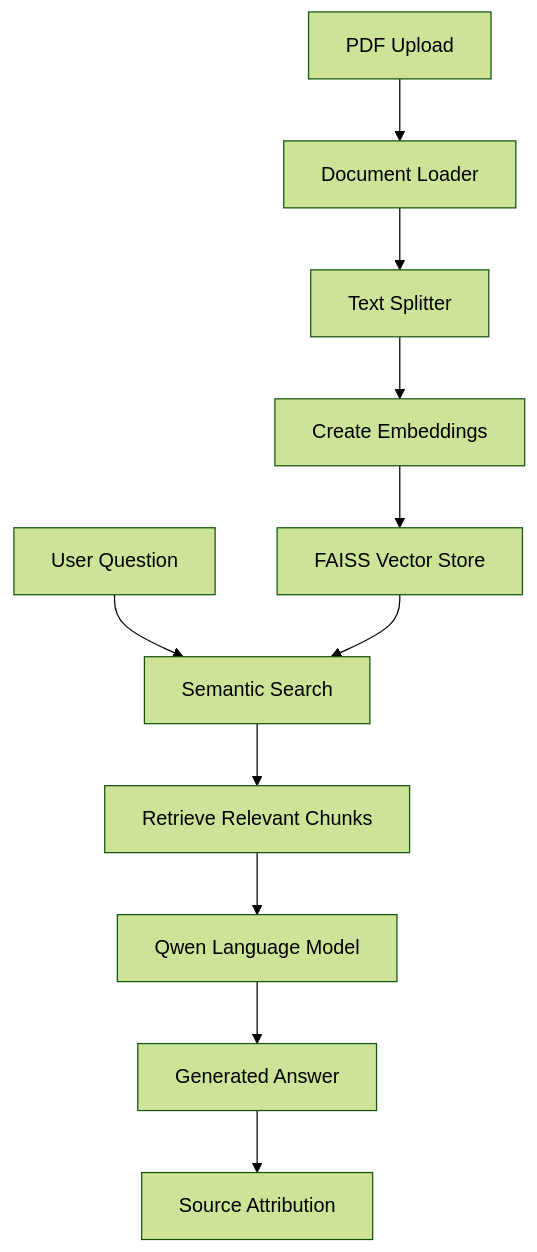
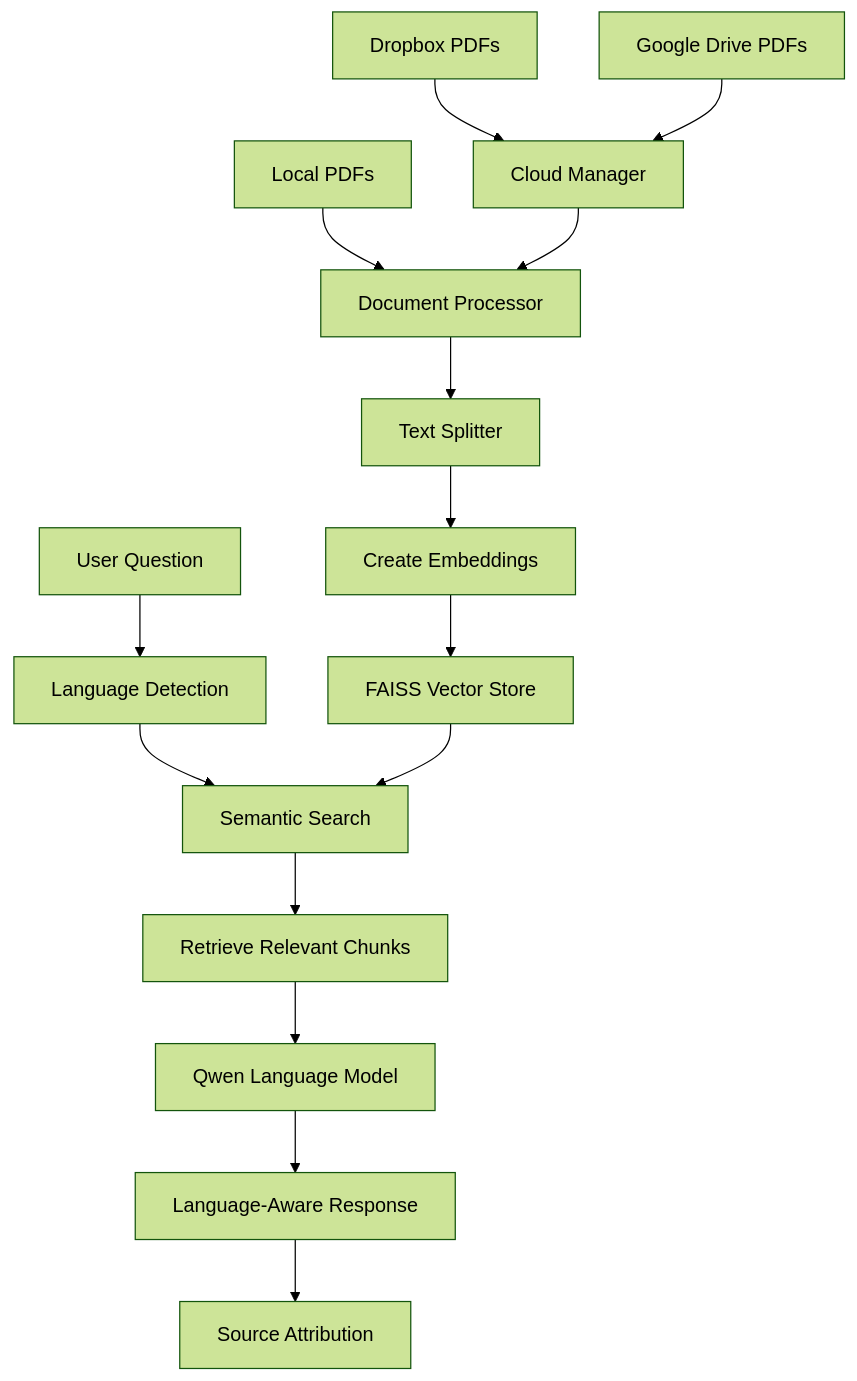
One commit to jaysheeldodia/QwInSight changed the diagram in README.md. Above: the diagram before and after it, drawn with Mermaid (forest theme). The commit also changed other lines of this file, not shown here.

````diff
--- a/README.md
+++ b/README.md
@@ -39,13 +47,17 @@
 ```mermaid
 graph TD
-    A[PDF Upload] --> B[Document Loader]
-    B --> C[Text Splitter]
-    C --> D[Create Embeddings]
-    D --> E[FAISS Vector Store]
-    F[User Question] --> G[Semantic Search]
-    E --> G
-    G --> H[Retrieve Relevant Chunks]
-    H --> I[Qwen Language Model]
-    I --> J[Generated Answer]
-    J --> K[Source Attribution]
+    A[Local PDFs] --> D[Document Processor]
+    B[Dropbox PDFs] --> C[Cloud Manager]
+    E[Google Drive PDFs] --> C
+    C --> D
+    D --> F[Text Splitter]
+    F --> G[Create Embeddings]
+    G --> H[FAISS Vector Store]
+    I[User Question] --> J[Language Detection]
+    J --> K[Semantic Search]
+    H --> K
+    K --> L[Retrieve Relevant Chunks]
+    L --> M[Qwen Language Model]
+    M --> N[Language-Aware Response]
+    N --> O[Source Attribution]
 ```
````
